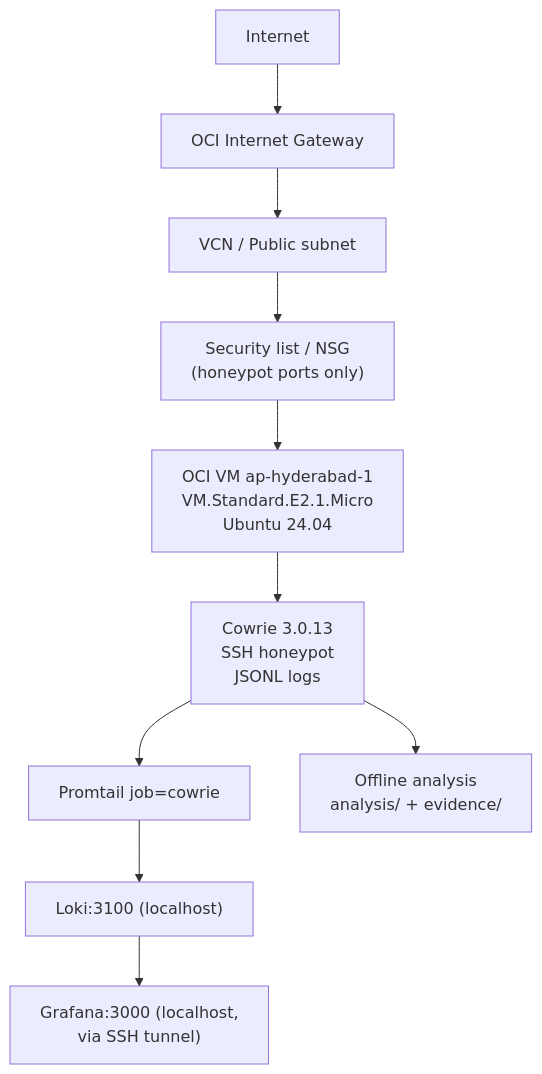
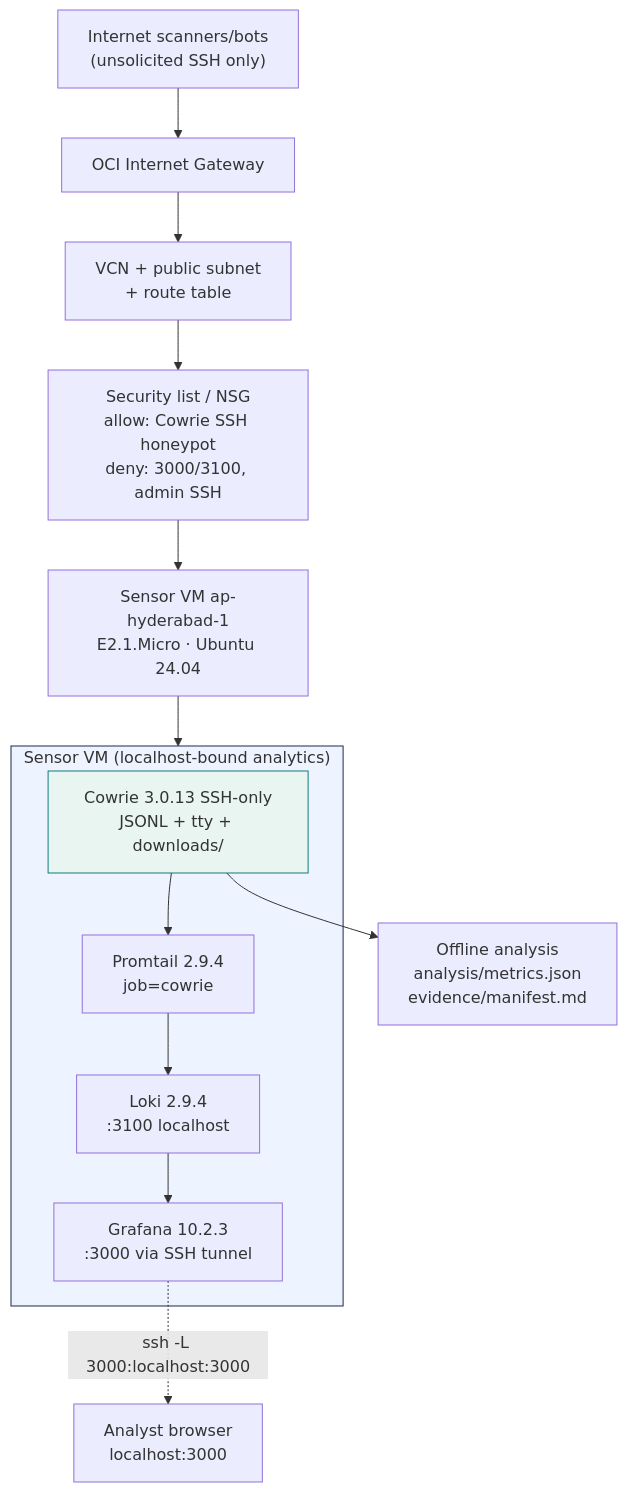
The diagram in diagrams/architecture.mmd (aaadarsh1337/threat-harbour), drawn with Mermaid before and after one commit. The commit also changed 12 other files, not shown here.

```diff
--- a/diagrams/architecture.mmd
+++ b/diagrams/architecture.mmd
@@ -1,10 +1,20 @@
 flowchart TD
-    Internet --> IGW["OCI Internet Gateway"]
-    IGW --> VCN["VCN / Public subnet"]
-    VCN --> FW["Security list / NSG<br/>(honeypot ports only)"]
-    FW --> VM["OCI VM ap-hyderabad-1<br/>VM.Standard.E2.1.Micro<br/>Ubuntu 24.04"]
-    VM --> Cowrie["Cowrie 3.0.13<br/>SSH honeypot<br/>JSONL logs"]
-    Cowrie --> Promtail["Promtail job=cowrie"]
-    Promtail --> Loki["Loki:3100 (localhost)"]
-    Loki --> Grafana["Grafana:3000 (localhost,<br/>via SSH tunnel)"]
-    Cowrie --> Offline["Offline analysis<br/>analysis/ + evidence/"]
+    Internet["Internet scanners/bots<br/>(unsolicited SSH only)"] --> IGW["OCI Internet Gateway"]
+    IGW --> VCN["VCN + public subnet<br/>+ route table"]
+    VCN --> NSG["Security list / NSG<br/>allow: Cowrie SSH honeypot<br/>deny: 3000/3100, admin SSH"]
+    NSG --> VM["Sensor VM ap-hyderabad-1<br/>E2.1.Micro · Ubuntu 24.04"]
+
+    subgraph VMBox["Sensor VM (localhost-bound analytics)"]
+        Cowrie["Cowrie 3.0.13 SSH-only<br/>JSONL + tty + downloads/"]
+        Promtail["Promtail 2.9.4<br/>job=cowrie"]
+        Loki["Loki 2.9.4<br/>:3100 localhost"]
+        Grafana["Grafana 10.2.3<br/>:3000 via SSH tunnel"]
+        Cowrie --> Promtail --> Loki --> Grafana
+    end
+
+    VM --> VMBox
+    Cowrie --> Offline["Offline analysis<br/>analysis/metrics.json<br/>evidence/manifest.md"]
+    Grafana -.->|ssh -L 3000:localhost:3000| Analyst["Analyst browser<br/>localhost:3000"]
+
+    style VMBox fill:#eef4ff,stroke:#1b2a4a
+    style Cowrie fill:#e9f5f0,stroke:#0e7c7b
```
